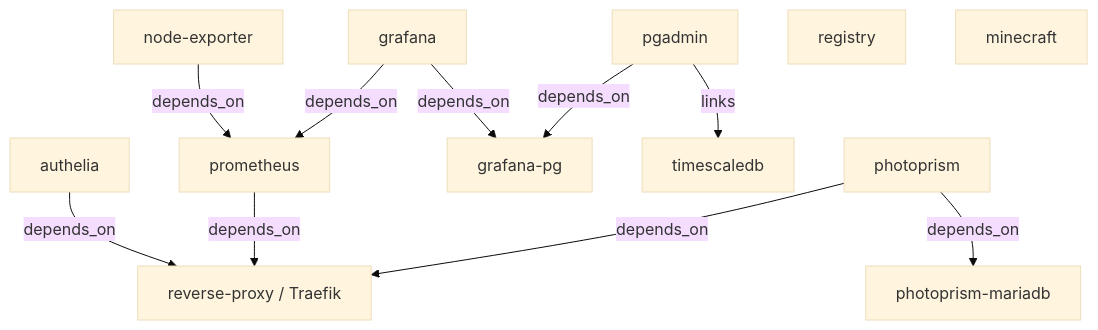
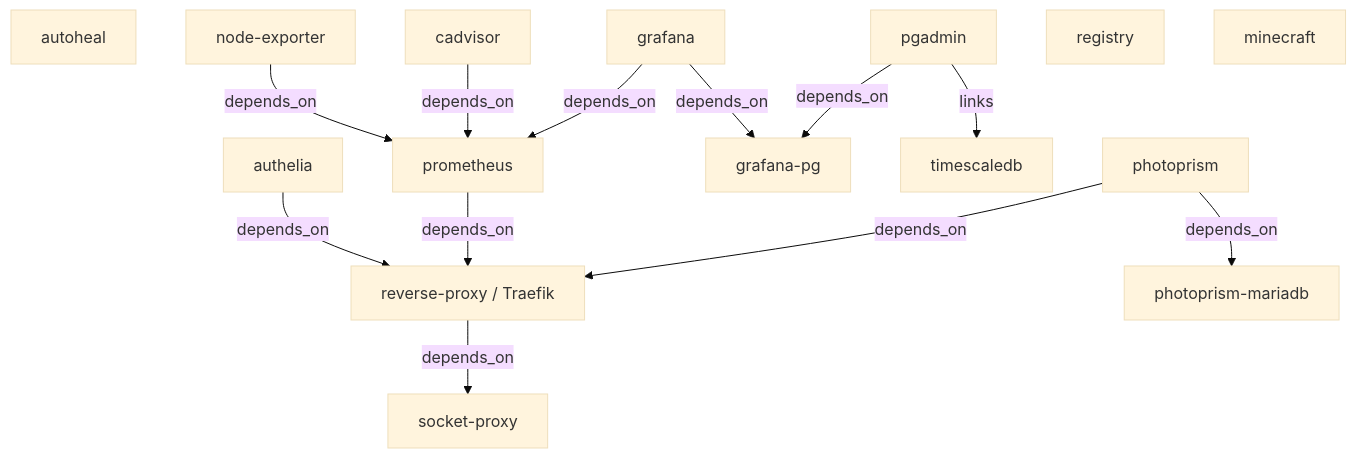
One commit to Waxolunist/ansible-docker-server changed the third of 6 diagrams in ARCHITECTURE.md. Above: the diagram before and after it, drawn with Mermaid (base theme). The commit also changed other lines of this file and 15 other files, not shown here.

````diff
--- a/ARCHITECTURE.md
+++ b/ARCHITECTURE.md
@@ -173,25 +176,30 @@
 ```mermaid
 graph TD
+    SP[socket-proxy]
     RP[reverse-proxy / Traefik]
+    AH[autoheal]
     AUTH[authelia]
     PROM[prometheus]
     NE[node-exporter]
+    CA[cadvisor]
     GPG[grafana-pg]
     GR[grafana]
     PGA[pgadmin]
     REG[registry]
     MC[minecraft]
     TS[timescaledb]
     PM[photoprism-mariadb]
     PP[photoprism]
 
+    RP -->|depends_on| SP
     AUTH -->|depends_on| RP
     PROM -->|depends_on| RP
     NE -->|depends_on| PROM
+    CA -->|depends_on| PROM
     GR -->|depends_on| GPG
     GR -->|depends_on| PROM
     PGA -->|depends_on| GPG
     PGA -->|links| TS
     PP -->|depends_on| PM
     PP -->|depends_on| RP
 ```
````
